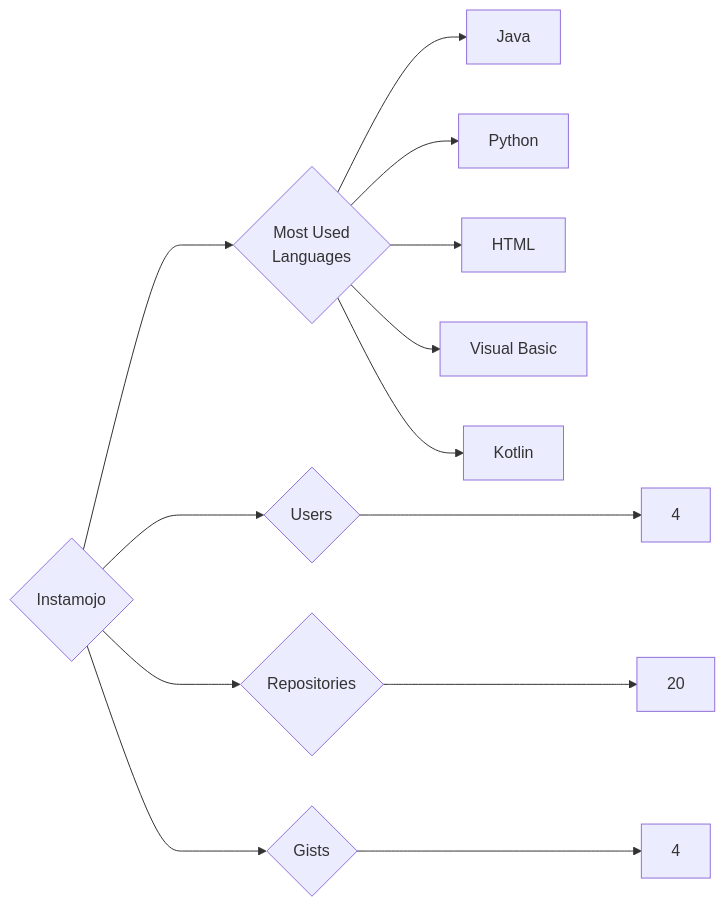
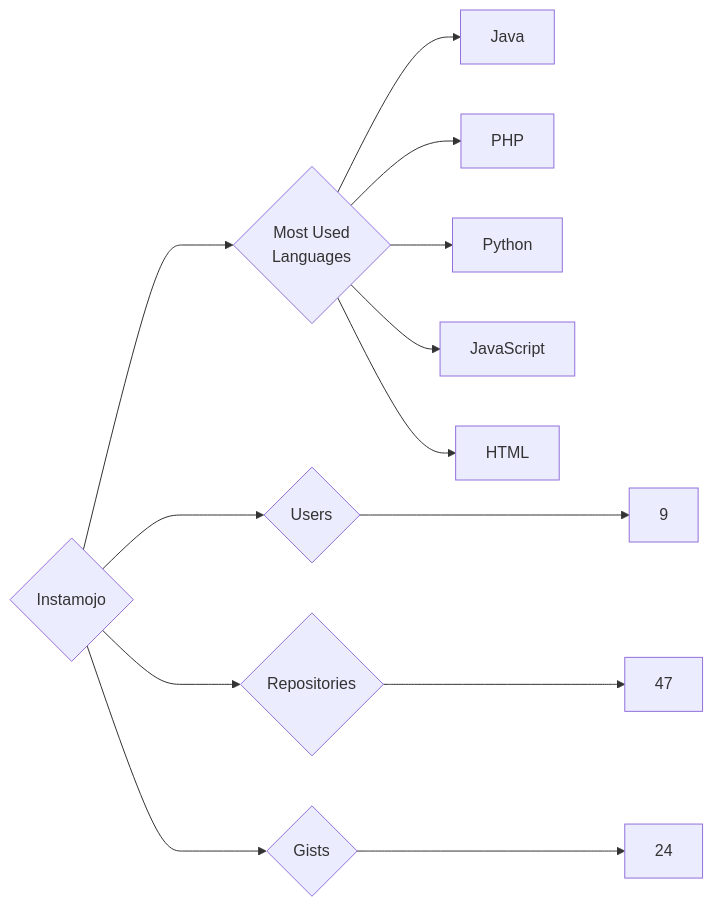
One commit to trickest/insiders changed the diagram in targets/Instamojo/README.md. Above: the diagram before and after it, drawn with Mermaid. The commit also changed 1212 other files, not shown here.

````diff
--- a/targets/Instamojo/README.md
+++ b/targets/Instamojo/README.md
@@ -3,13 +3,13 @@
 ```mermaid
 graph LR
 COMPANY_NAME{Instamojo}
-COMPANY_NAME ---> U{Users} ---> UN[4]
-COMPANY_NAME ---> R{Repositories} ---> RN[20]
-COMPANY_NAME ---> G{Gists} ---> GN[4]
+COMPANY_NAME ---> U{Users} ---> UN[9]
+COMPANY_NAME ---> R{Repositories} ---> RN[47]
+COMPANY_NAME ---> G{Gists} ---> GN[24]
 COMPANY_NAME ---> ML{Most Used<br>Languages}
 ML --> Java[Java]
+ML --> PHP[PHP]
 ML --> Python[Python]
+ML --> JavaScript[JavaScript]
 ML --> HTML[HTML]
-ML --> Visual_Basic[Visual Basic]
-ML --> Kotlin[Kotlin]
 ```
````
